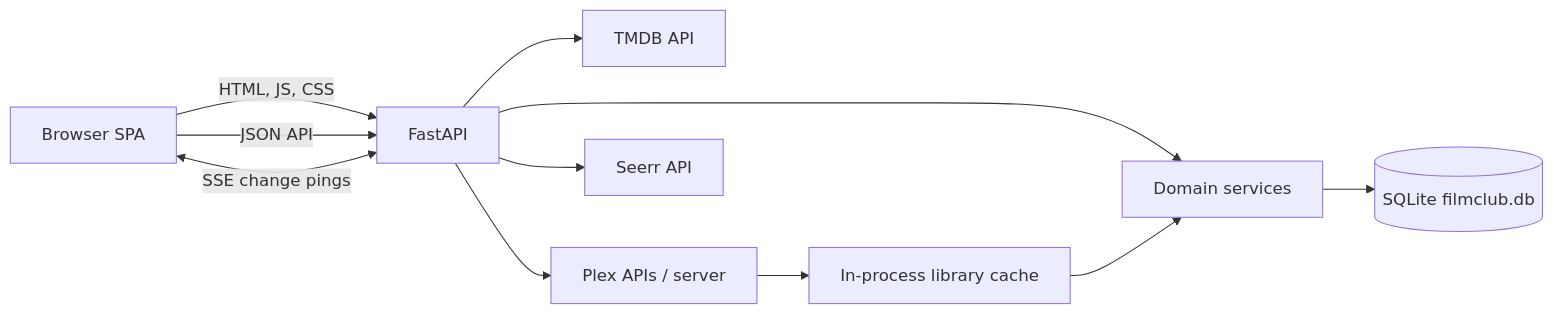
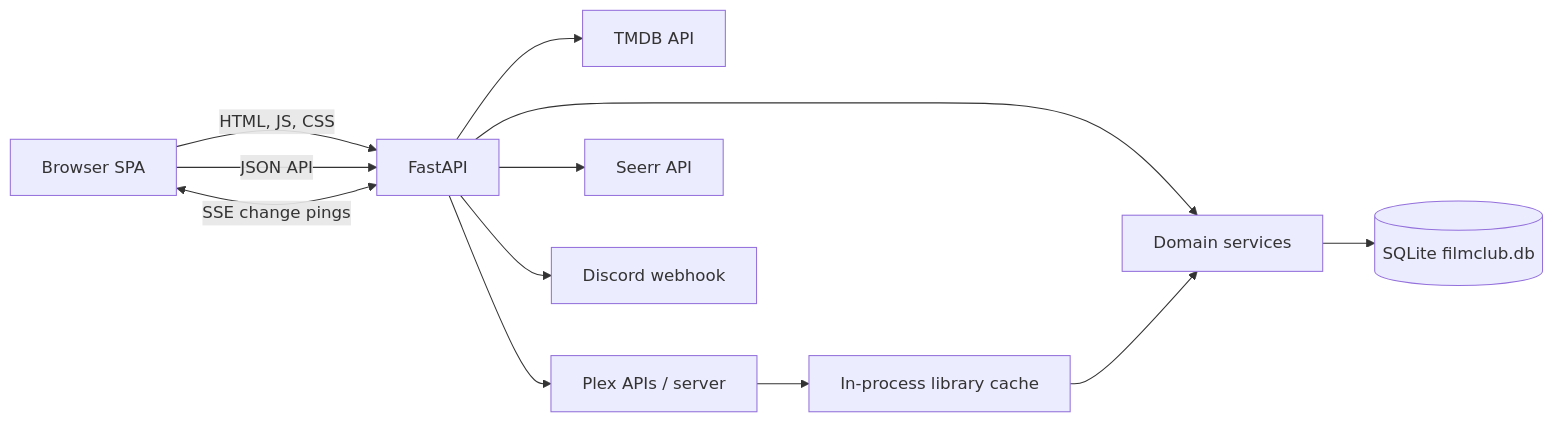
The first of 4 diagrams in docs/ARCHITECTURE.md (crdenn/filmclub), drawn with Mermaid before and after one commit. The commit also changed other lines of this file and 13 other files, not shown here.

````diff
--- a/docs/ARCHITECTURE.md
+++ b/docs/ARCHITECTURE.md
@@ -9,13 +9,14 @@
 ```mermaid
 flowchart LR
     B[Browser SPA] -->|HTML, JS, CSS| F[FastAPI]
     B -->|JSON API| F
     B <-->|SSE change pings| F
     F --> S[Domain services]
     S --> D[(SQLite filmclub.db)]
     F --> T[TMDB API]
     F --> P[Plex APIs / server]
     F --> E[Seerr API]
+    F --> DC[Discord webhook]
     P --> C[In-process library cache]
     C --> S
 ```
````
